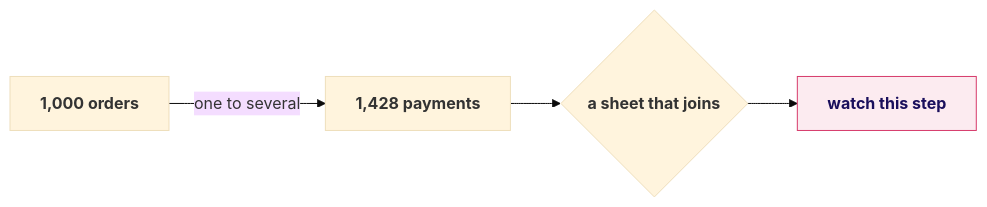
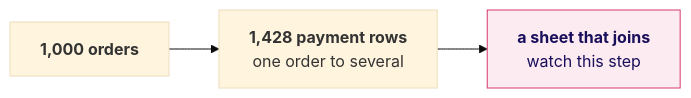
One commit to fde-academy-lab/c2-content-factory changed diagram 22 of 24 in content/W02/D5/slides/C2_W02_D05_half1_STUDENT.md. Above: the diagram before and after it, drawn with Mermaid (base theme). The commit also changed other lines of this file and 3 other files, not shown here.

````diff
--- a/content/W02/D5/slides/C2_W02_D05_half1_STUDENT.md
+++ b/content/W02/D5/slides/C2_W02_D05_half1_STUDENT.md
@@ -1444,8 +1496,7 @@
 ```mermaid
 flowchart LR
-    O["<b>1,000 orders</b>"] -->|"one to several"| P["<b>1,428 payments</b>"]
-    P --> Q{"<b>a sheet that joins</b>"}
-    Q --> R["<b>watch this step</b>"]
+    O["<b>1,000 orders</b>"] --> P["<b>1,428 payment rows</b><br/>one order to several"]
+    P --> R["<b>a sheet that joins</b><br/>watch this step"]
     classDef bad fill:#FCEBF0,stroke:#D63A6A,color:#1A0F5C
     class R bad
 ```
````
